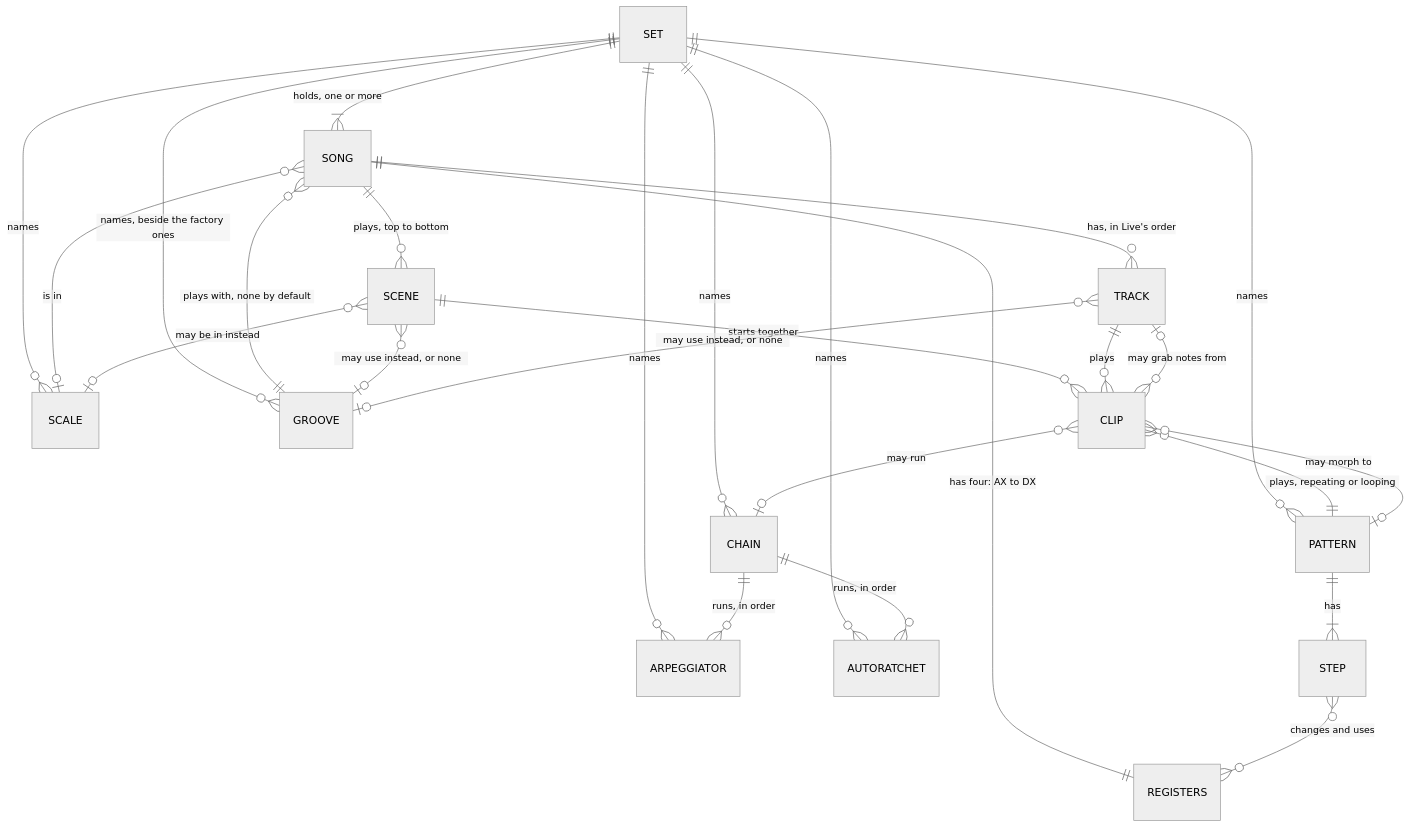
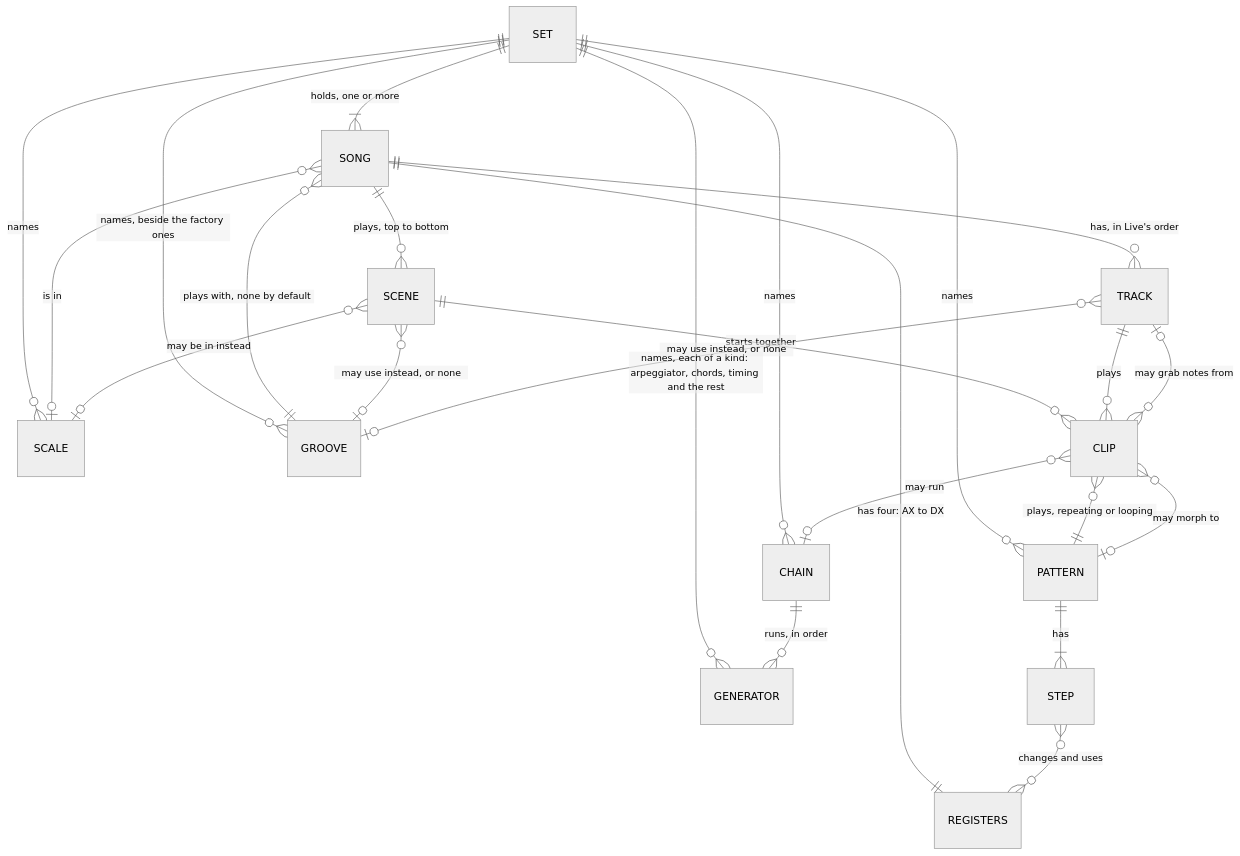
Before and after one commit to mpdehaan/llamatron: the first of 2 diagrams in docs/ARCHITECTURE.md, drawn with Mermaid (neutral theme). The commit also changed 83 other files, not shown here.

````diff
--- a/docs/ARCHITECTURE.md
+++ b/docs/ARCHITECTURE.md
@@ -28,28 +28,26 @@
 ```mermaid
 erDiagram
     SET ||--|{ SONG : "holds, one or more"
     SET ||--o{ SCALE : "names"
     SET ||--o{ PATTERN : "names"
-    SET ||--o{ ARPEGGIATOR : "names"
-    SET ||--o{ AUTORATCHET : "names"
+    SET ||--o{ GENERATOR : "names, each of a kind: arpeggiator, chords, timing and the rest"
     SET ||--o{ CHAIN : "names"
     SET ||--o{ GROOVE : "names, beside the factory ones"
     SONG ||--o{ TRACK : "has, in Live's order"
     SONG ||--o{ SCENE : "plays, top to bottom"
     SONG ||--|| REGISTERS : "has four: AX to DX"
     SONG }o--o| SCALE : "is in"
     SONG }o--|| GROOVE : "plays with, none by default"
     SCENE }o--o| SCALE : "may be in instead"
     SCENE }o--o| GROOVE : "may use instead, or none"
     SCENE ||--o{ CLIP : "starts together"
     TRACK ||--o{ CLIP : "plays"
     TRACK }o--o| GROOVE : "may use instead, or none"
     CLIP }o--|| PATTERN : "plays, repeating or looping"
     CLIP }o--o| PATTERN : "may morph to"
     CLIP }o--o| CHAIN : "may run"
     CLIP }o--o| TRACK : "may grab notes from"
-    CHAIN ||--o{ ARPEGGIATOR : "runs, in order"
-    CHAIN ||--o{ AUTORATCHET : "runs, in order"
+    CHAIN ||--o{ GENERATOR : "runs, in order"
     PATTERN ||--|{ STEP : "has"
     STEP }o--o{ REGISTERS : "changes and uses"
 ```
````
